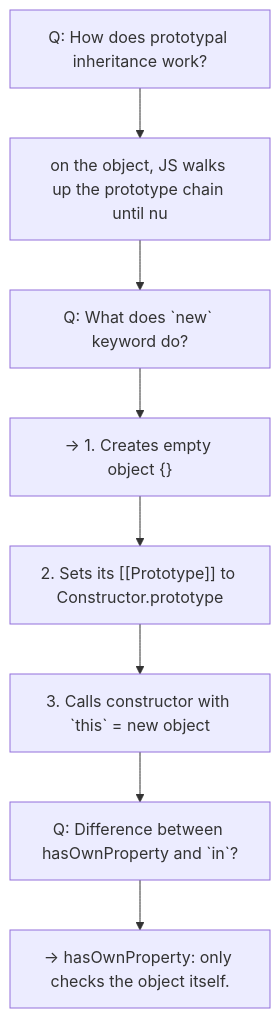
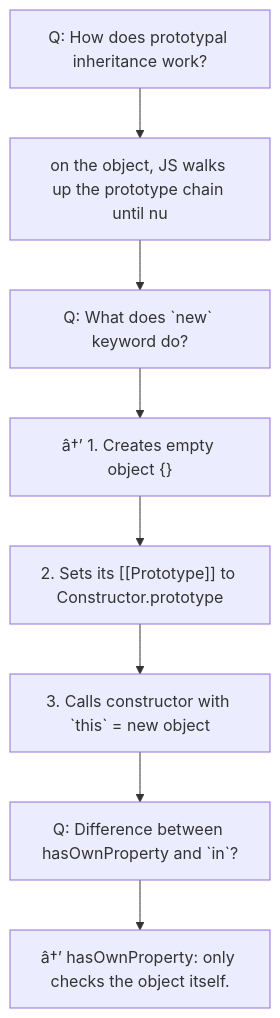
One commit to SaiHarsha502vvit/Daily-Prep changed the seventh of 7 diagrams in 16_JavaScript/03_JS_Objects_Prototypes.md. Above: the diagram before and after it, drawn with Mermaid. The commit also changed other lines of this file and 256 other files, not shown here.

````diff
--- a/16_JavaScript/03_JS_Objects_Prototypes.md
+++ b/16_JavaScript/03_JS_Objects_Prototypes.md
@@ -687,18 +687,18 @@
 ```mermaid
 flowchart TD
     N1["Q: How does prototypal inheritance work?"]
     N2["on the object, JS walks up the prototype chain until nu"]
     N3["Q: What does `new` keyword do?"]
-    N4["→ 1. Creates empty object {}"]
+    N4["â†’ 1. Creates empty object {}"]
     N5["2. Sets its [[Prototype]] to Constructor.prototype"]
     N6["3. Calls constructor with `this` = new object"]
     N7["Q: Difference between hasOwnProperty and `in`?"]
-    N8["→ hasOwnProperty: only checks the object itself."]
+    N8["â†’ hasOwnProperty: only checks the object itself."]
     N1 --> N2
     N2 --> N3
     N3 --> N4
     N4 --> N5
     N5 --> N6
     N6 --> N7
     N7 --> N8
 ```
````
